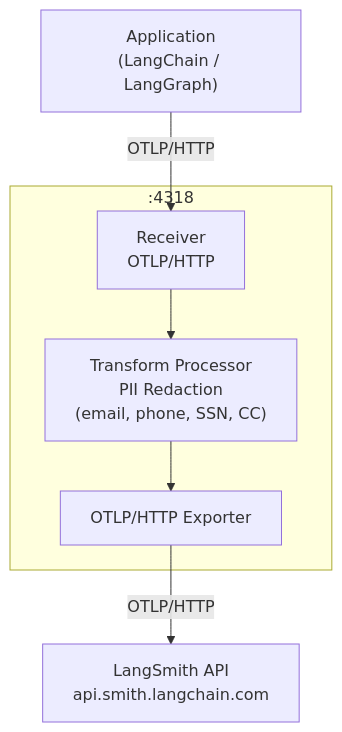
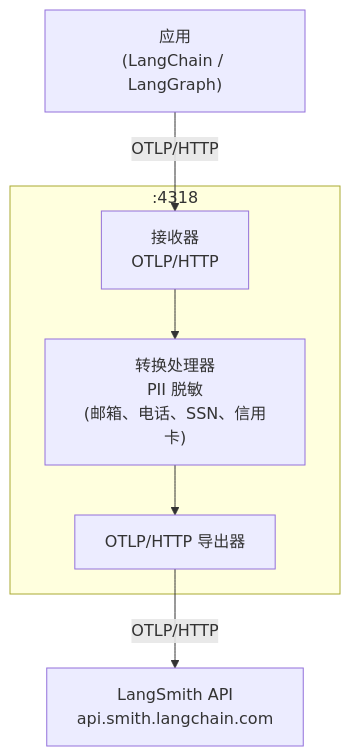
The diagram in langsmith/otel-gateway-trace-redaction.mdx (kunfan96/cndocs-langchain), drawn with Mermaid before and after one commit. The commit also changed other lines of this file and 2498 other files, not shown here.

````diff
--- a/langsmith/otel-gateway-trace-redaction.mdx
+++ b/langsmith/otel-gateway-trace-redaction.mdx
@@ -11,16 +11,16 @@
 ```mermaid
 flowchart TD
-    A["Application<br/>(LangChain / LangGraph)"]
+    A["应用<br/>(LangChain / LangGraph)"]
 
     subgraph collector[":4318"]
-        B["Receiver<br/>OTLP/HTTP"]
-        C["Transform Processor<br/>PII Redaction<br/>(email, phone, SSN, CC)"]
-        D["OTLP/HTTP Exporter"]
+        B["接收器<br/>OTLP/HTTP"]
+        C["转换处理器<br/>PII 脱敏<br/>(邮箱、电话、SSN、信用卡)"]
+        D["OTLP/HTTP 导出器"]
         B --> C --> D
     end
 
     E["LangSmith API<br/>api.smith.langchain.com"]
 
     A -->|"OTLP/HTTP"| B
     D -->|"OTLP/HTTP"| E
 ```
````
